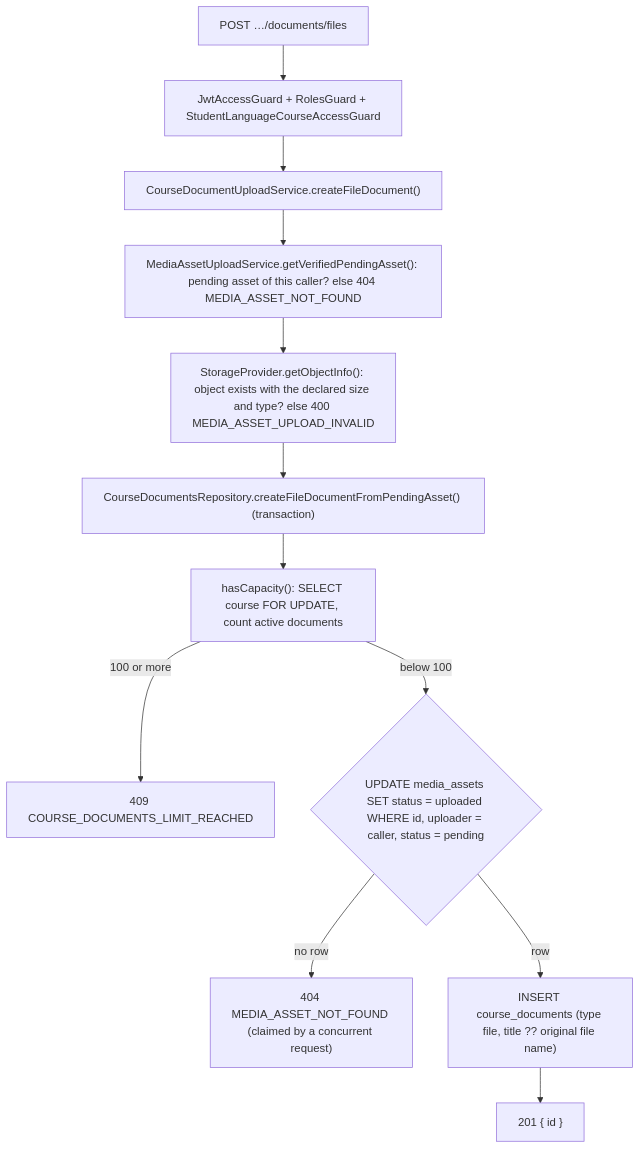
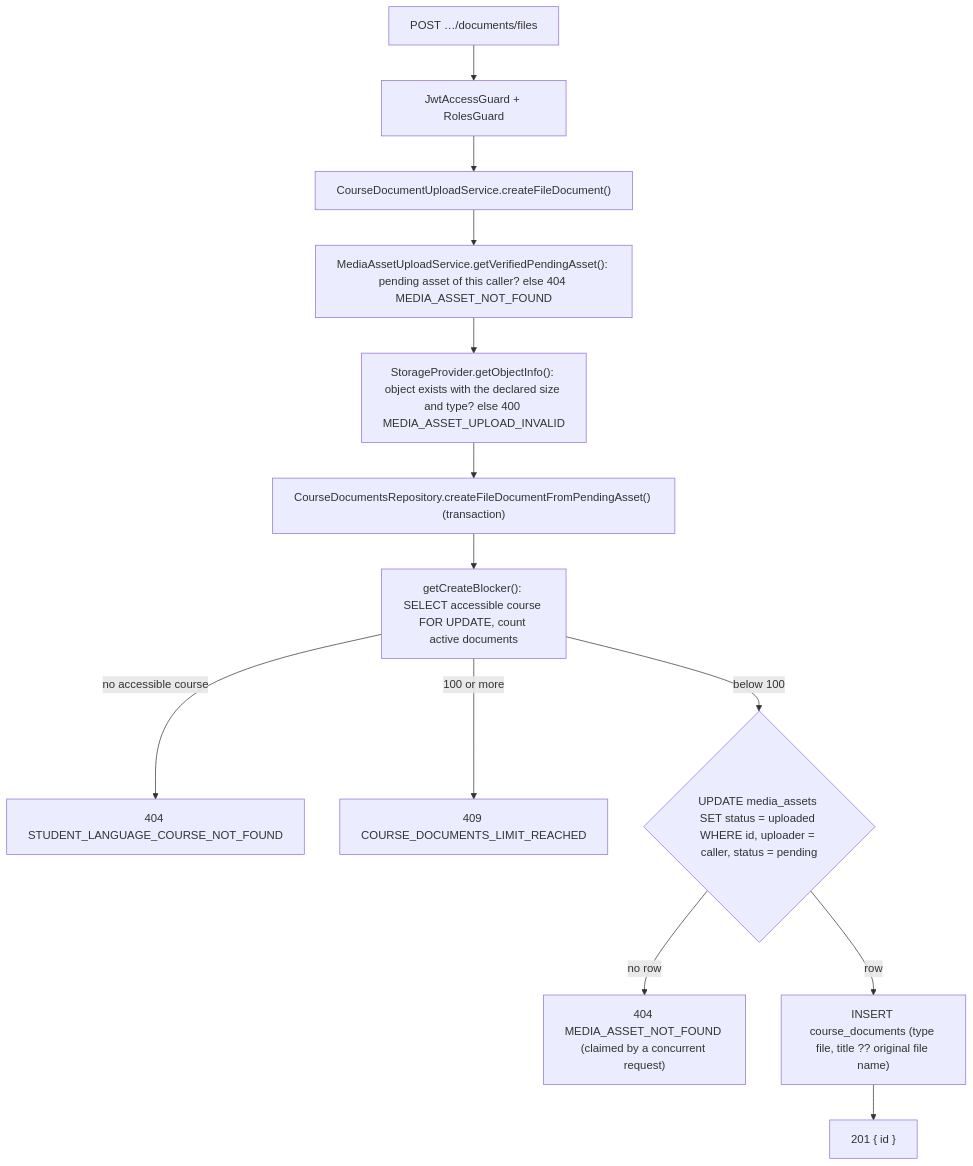
One commit to KaterynaKocheharova/Practice-app changed the third of 7 diagrams in back/docs/students/course-document-endpoints.md. Above: the diagram before and after it, drawn with Mermaid. The commit also changed other lines of this file and 53 other files, not shown here.

````diff
--- a/back/docs/students/course-document-endpoints.md
+++ b/back/docs/students/course-document-endpoints.md
@@ -71,14 +67,15 @@
 ```mermaid
 flowchart TD
-  Request["POST …/documents/files"] --> Guards["JwtAccessGuard + RolesGuard + StudentLanguageCourseAccessGuard"]
+  Request["POST …/documents/files"] --> Guards["JwtAccessGuard + RolesGuard"]
   Guards --> Service["CourseDocumentUploadService.createFileDocument()"]
   Service --> Pending["MediaAssetUploadService.getVerifiedPendingAsset(): pending asset of this caller? else 404 MEDIA_ASSET_NOT_FOUND"]
   Pending --> Head["StorageProvider.getObjectInfo(): object exists with the declared size and type? else 400 MEDIA_ASSET_UPLOAD_INVALID"]
   Head --> Tx["CourseDocumentsRepository.createFileDocumentFromPendingAsset() (transaction)"]
-  Tx --> Lock["hasCapacity(): SELECT course FOR UPDATE, count active documents"]
+  Tx --> Lock["getCreateBlocker(): SELECT accessible course FOR UPDATE, count active documents"]
+  Lock -- no accessible course --> NoCourse["404 STUDENT_LANGUAGE_COURSE_NOT_FOUND"]
   Lock -- 100 or more --> Full["409 COURSE_DOCUMENTS_LIMIT_REACHED"]
   Lock -- below 100 --> Claim{"UPDATE media_assets SET status = uploaded WHERE id, uploader = caller, status = pending"}
   Claim -- no row --> Taken["404 MEDIA_ASSET_NOT_FOUND (claimed by a concurrent request)"]
   Claim -- row --> Insert["INSERT course_documents (type file, title ?? original file name)"]
   Insert --> Response["201 { id }"]
 ```
````
